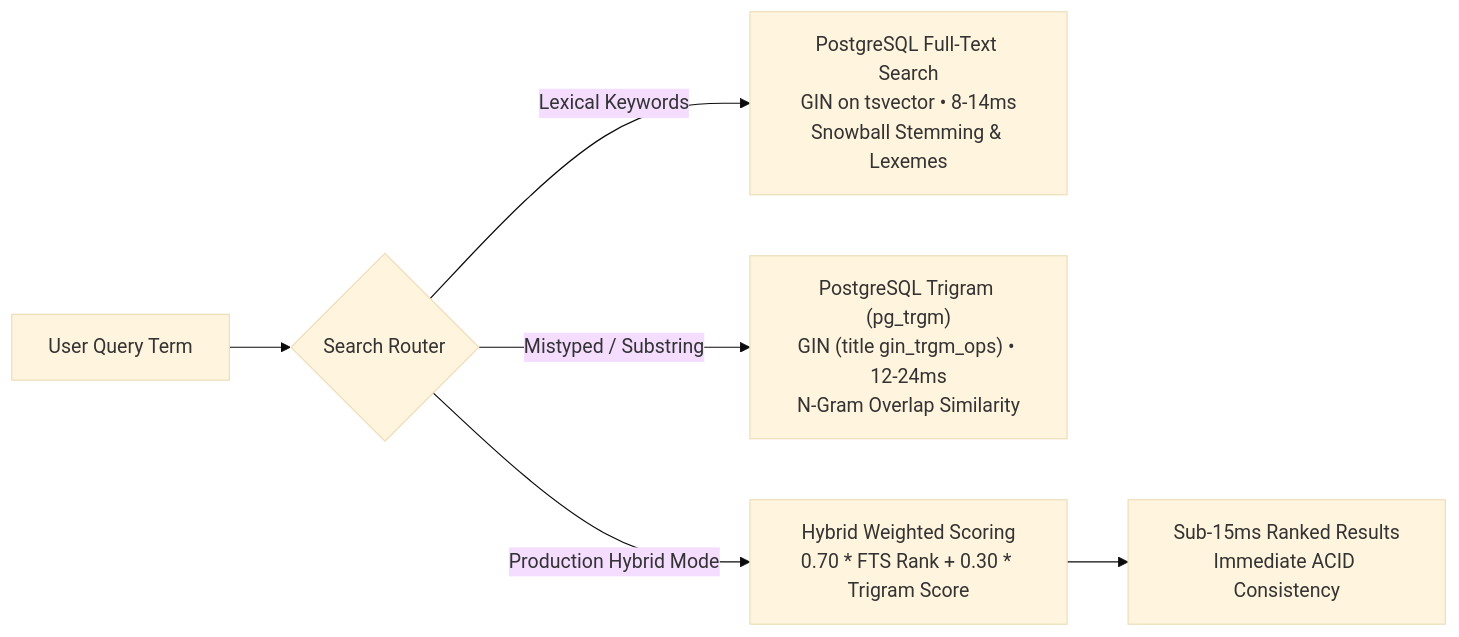
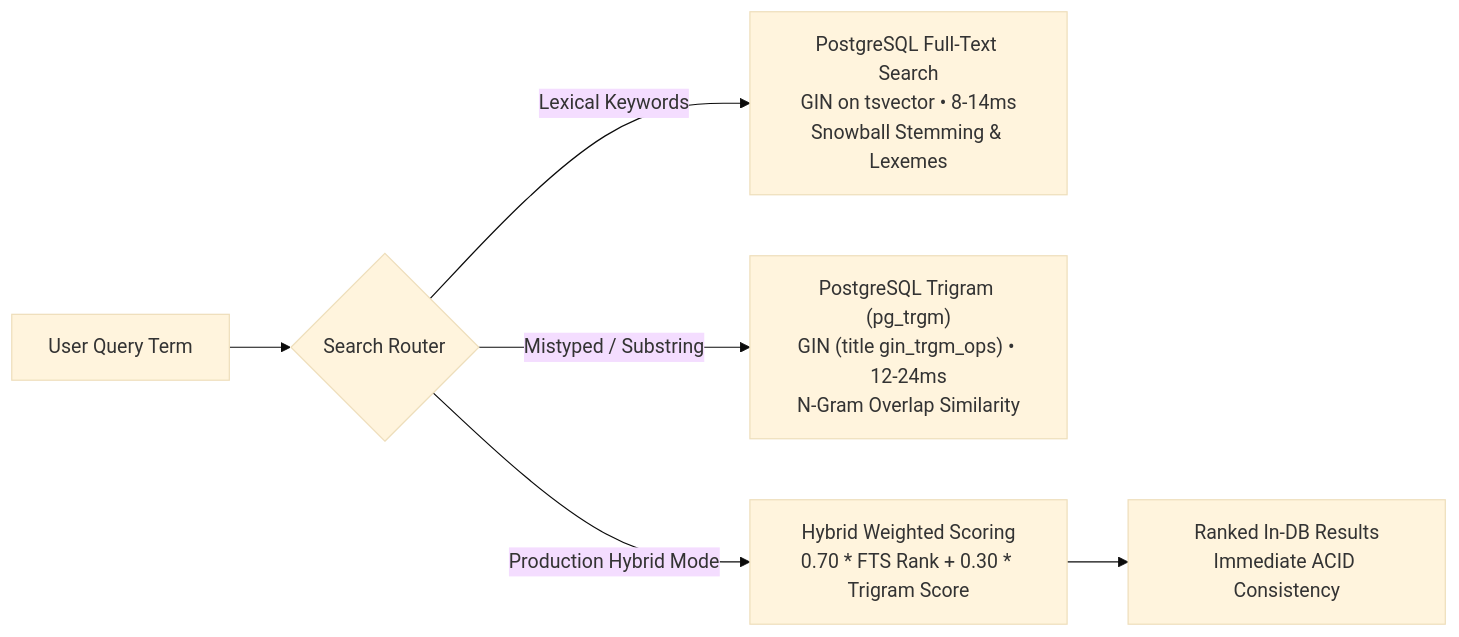
One commit to nabilpwqz/DataScope changed the fourth of 8 diagrams in README.md. Above: the diagram before and after it, drawn with Mermaid (base theme). The commit also changed other lines of this file and 15 other files, not shown here.

````diff
--- a/README.md
+++ b/README.md
@@ -313,8 +313,8 @@
 ```mermaid
 flowchart LR
   Q["User Query Term"] --> Router{"Search Router"}
   Router -->|"Lexical Keywords"| FTS["PostgreSQL Full-Text Search<br/>GIN on tsvector • 8-14ms<br/>Snowball Stemming &amp; Lexemes"]
   Router -->|"Mistyped / Substring"| TRGM["PostgreSQL Trigram (pg_trgm)<br/>GIN (title gin_trgm_ops) • 12-24ms<br/>N-Gram Overlap Similarity"]
   Router -->|"Production Hybrid Mode"| HYB["Hybrid Weighted Scoring<br/>0.70 * FTS Rank + 0.30 * Trigram Score"]
-  HYB --> OUT["Sub-15ms Ranked Results<br/>Immediate ACID Consistency"]
+  HYB --> OUT["Ranked In-DB Results<br/>Immediate ACID Consistency"]
 ```
````
